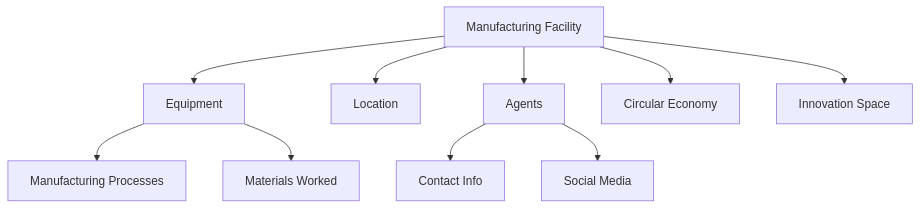
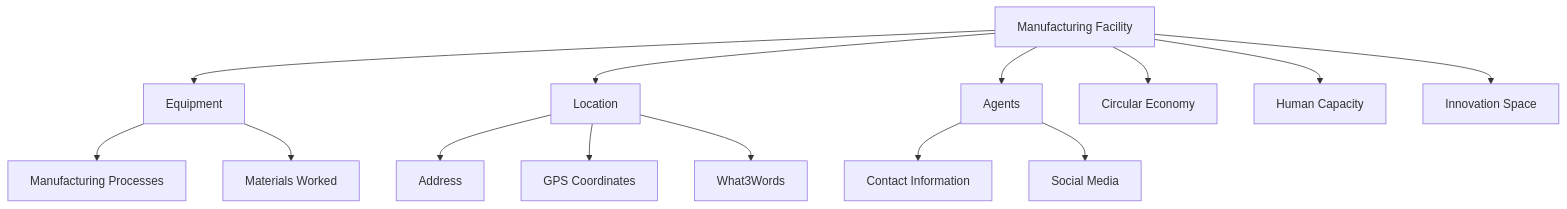
One commit to helpfulengineering/supply-graph-ai changed the diagram in docs/models/okw-docs.md. Above: the diagram before and after it, drawn with Mermaid. The commit also changed other lines of this file and 4 other files, not shown here.

````diff
--- a/docs/models/okw-docs.md
+++ b/docs/models/okw-docs.md
@@ -93,15 +259,20 @@
 ```mermaid
 graph TD
-    facility[Manufacturing Facility] --> equip[Equipment]
-    facility --> loc[Location]
+    facility[Manufacturing Facility] --> equipment[Equipment]
+    facility --> location[Location]
     facility --> agents[Agents]
     
-    equip --> proc[Manufacturing Processes]
-    equip --> mat[Materials Worked]
+    equipment --> process[Manufacturing Processes]
+    equipment --> materials[Materials Worked]
     
-    agents --> contact[Contact Info]
+    agents --> contact[Contact Information]
     agents --> social[Social Media]
     
     facility --> circular[Circular Economy]
+    facility --> human[Human Capacity]
     facility --> innovation[Innovation Space]
+    
+    location --> address[Address]
+    location --> gps[GPS Coordinates]
+    location --> w3w[What3Words]
 ```
````
